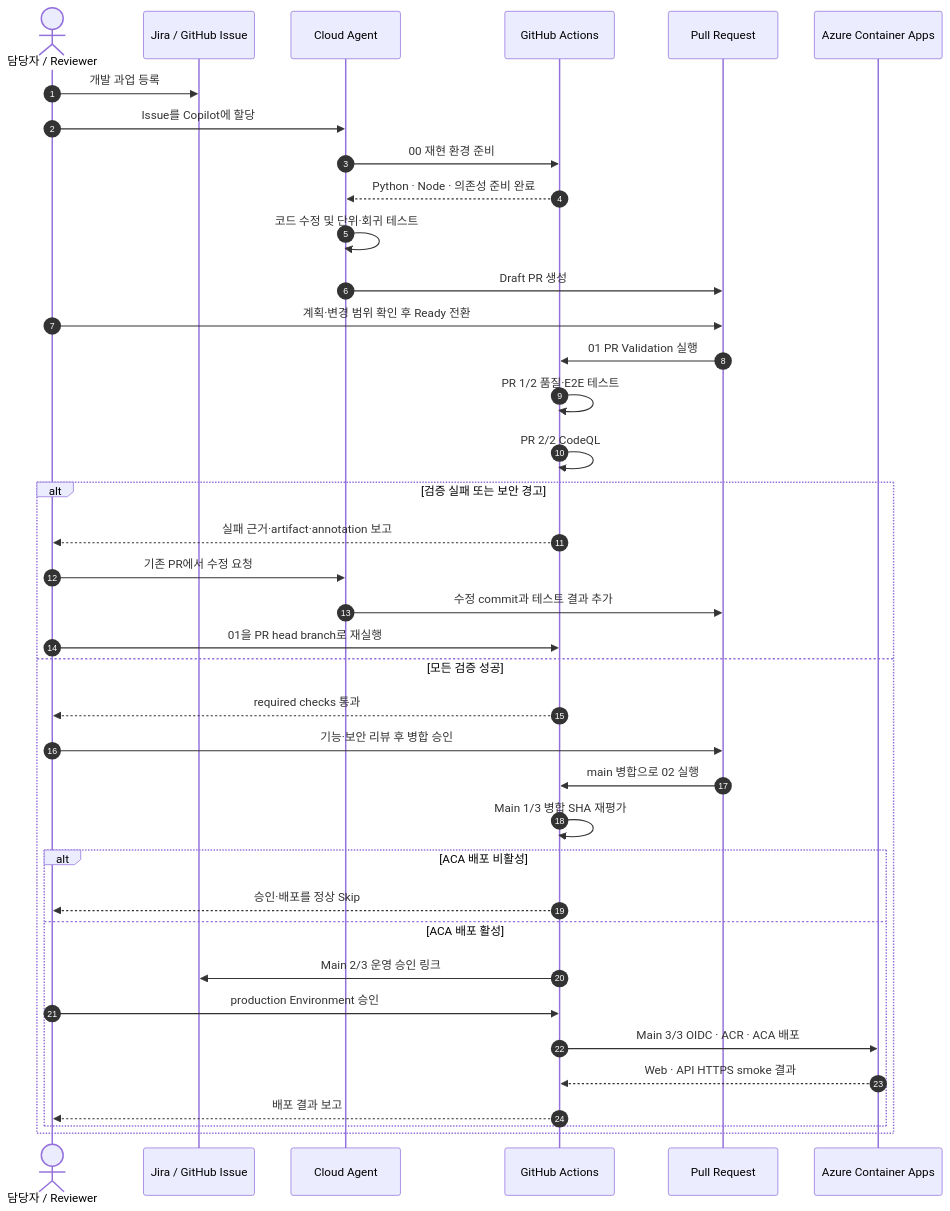
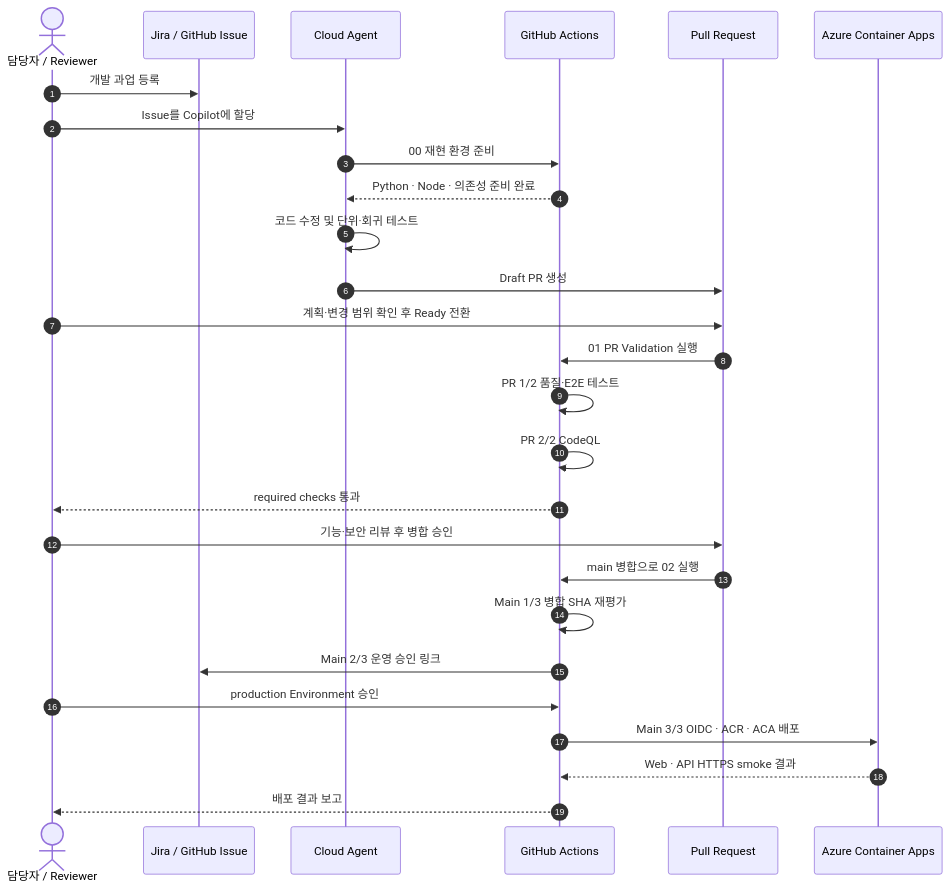
One commit to hijigoo/dev-agent-workflow changed the first of 2 diagrams in README.md. Above: the diagram before and after it, drawn with Mermaid.

Commit message:
docs: keep pipeline sequence on happy path
Remove validation-failure and deployment-disabled branches from the primary Agentic DevOps sequence so it presents only the successful review and ACA deployment stream.

````diff
--- a/README.md
+++ b/README.md
@@ -27,42 +27,30 @@
 ```mermaid
 sequenceDiagram
     autonumber
     actor Human as 담당자 / Reviewer
     participant Issue as Jira / GitHub Issue
     participant Agent as Cloud Agent
     participant Actions as GitHub Actions
     participant PR as Pull Request
     participant Azure as Azure Container Apps
 
     Human->>Issue: 개발 과업 등록
     Human->>Agent: Issue를 Copilot에 할당
     Agent->>Actions: 00 재현 환경 준비
     Actions-->>Agent: Python · Node · 의존성 준비 완료
     Agent->>Agent: 코드 수정 및 단위·회귀 테스트
     Agent->>PR: Draft PR 생성
     Human->>PR: 계획·변경 범위 확인 후 Ready 전환
     PR->>Actions: 01 PR Validation 실행
     Actions->>Actions: PR 1/2 품질·E2E 테스트
     Actions->>Actions: PR 2/2 CodeQL
-
-    alt 검증 실패 또는 보안 경고
-        Actions-->>Human: 실패 근거·artifact·annotation 보고
-        Human->>Agent: 기존 PR에서 수정 요청
-        Agent->>PR: 수정 commit과 테스트 결과 추가
-        Human->>Actions: 01을 PR head branch로 재실행
-    else 모든 검증 성공
-        Actions-->>Human: required checks 통과
-        Human->>PR: 기능·보안 리뷰 후 병합 승인
-        PR->>Actions: main 병합으로 02 실행
-        Actions->>Actions: Main 1/3 병합 SHA 재평가
-        alt ACA 배포 비활성
-            Actions-->>Human: 승인·배포를 정상 Skip
-        else ACA 배포 활성
-            Actions->>Issue: Main 2/3 운영 승인 링크
-            Human->>Actions: production Environment 승인
-            Actions->>Azure: Main 3/3 OIDC · ACR · ACA 배포
-            Azure-->>Actions: Web · API HTTPS smoke 결과
-            Actions-->>Human: 배포 결과 보고
-        end
-    end
+    Actions-->>Human: required checks 통과
+    Human->>PR: 기능·보안 리뷰 후 병합 승인
+    PR->>Actions: main 병합으로 02 실행
+    Actions->>Actions: Main 1/3 병합 SHA 재평가
+    Actions->>Issue: Main 2/3 운영 승인 링크
+    Human->>Actions: production Environment 승인
+    Actions->>Azure: Main 3/3 OIDC · ACR · ACA 배포
+    Azure-->>Actions: Web · API HTTPS smoke 결과
+    Actions-->>Human: 배포 결과 보고
 ```
````
